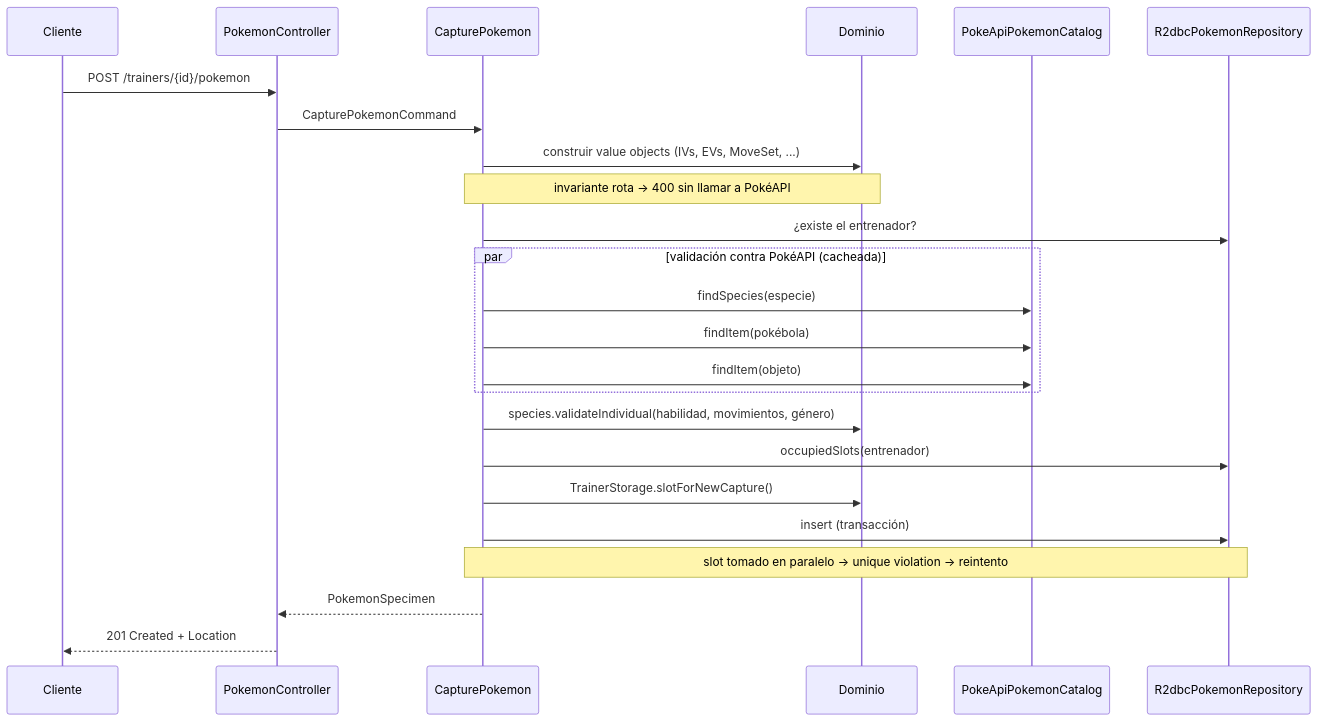
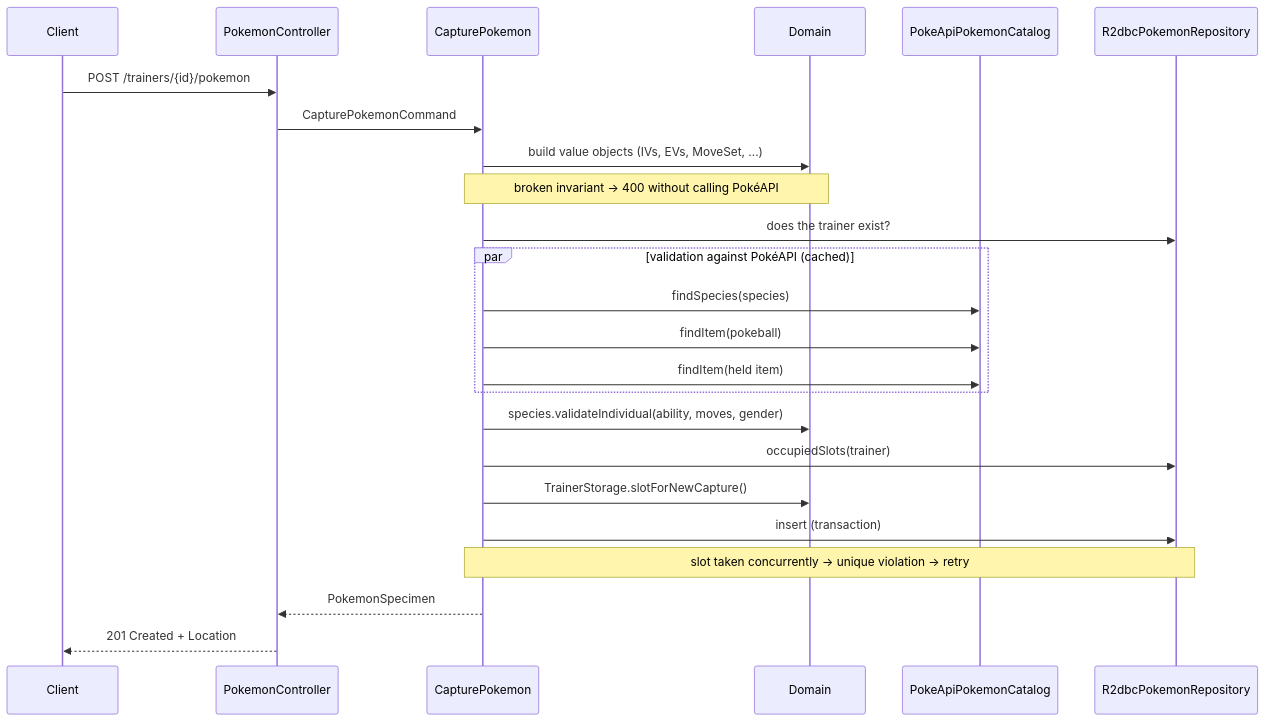
One commit to JuarezJonatan/pokemon-trainer-service changed the second of 2 diagrams in README.md. Above: the diagram before and after it, drawn with Mermaid. The commit also changed other lines of this file, not shown here.

````diff
--- a/README.md
+++ b/README.md
@@ -176,27 +176,27 @@
 ```mermaid
 sequenceDiagram
-    participant C as Cliente
+    participant C as Client
     participant W as PokemonController
     participant U as CapturePokemon
-    participant D as Dominio
+    participant D as Domain
     participant P as PokeApiPokemonCatalog
     participant R as R2dbcPokemonRepository
 
     C->>W: POST /trainers/{id}/pokemon
     W->>U: CapturePokemonCommand
-    U->>D: construir value objects (IVs, EVs, MoveSet, ...)
-    Note over U,D: invariante rota → 400 sin llamar a PokéAPI
-    U->>R: ¿existe el entrenador?
-    par validación contra PokéAPI (cacheada)
-        U->>P: findSpecies(especie)
-        U->>P: findItem(pokébola)
-        U->>P: findItem(objeto)
+    U->>D: build value objects (IVs, EVs, MoveSet, ...)
+    Note over U,D: broken invariant → 400 without calling PokéAPI
+    U->>R: does the trainer exist?
+    par validation against PokéAPI (cached)
+        U->>P: findSpecies(species)
+        U->>P: findItem(pokeball)
+        U->>P: findItem(held item)
     end
-    U->>D: species.validateIndividual(habilidad, movimientos, género)
-    U->>R: occupiedSlots(entrenador)
+    U->>D: species.validateIndividual(ability, moves, gender)
+    U->>R: occupiedSlots(trainer)
     U->>D: TrainerStorage.slotForNewCapture()
-    U->>R: insert (transacción)
-    Note over U,R: slot tomado en paralelo → unique violation → reintento
+    U->>R: insert (transaction)
+    Note over U,R: slot taken concurrently → unique violation → retry
     U-->>W: PokemonSpecimen
     W-->>C: 201 Created + Location
 ```
````
